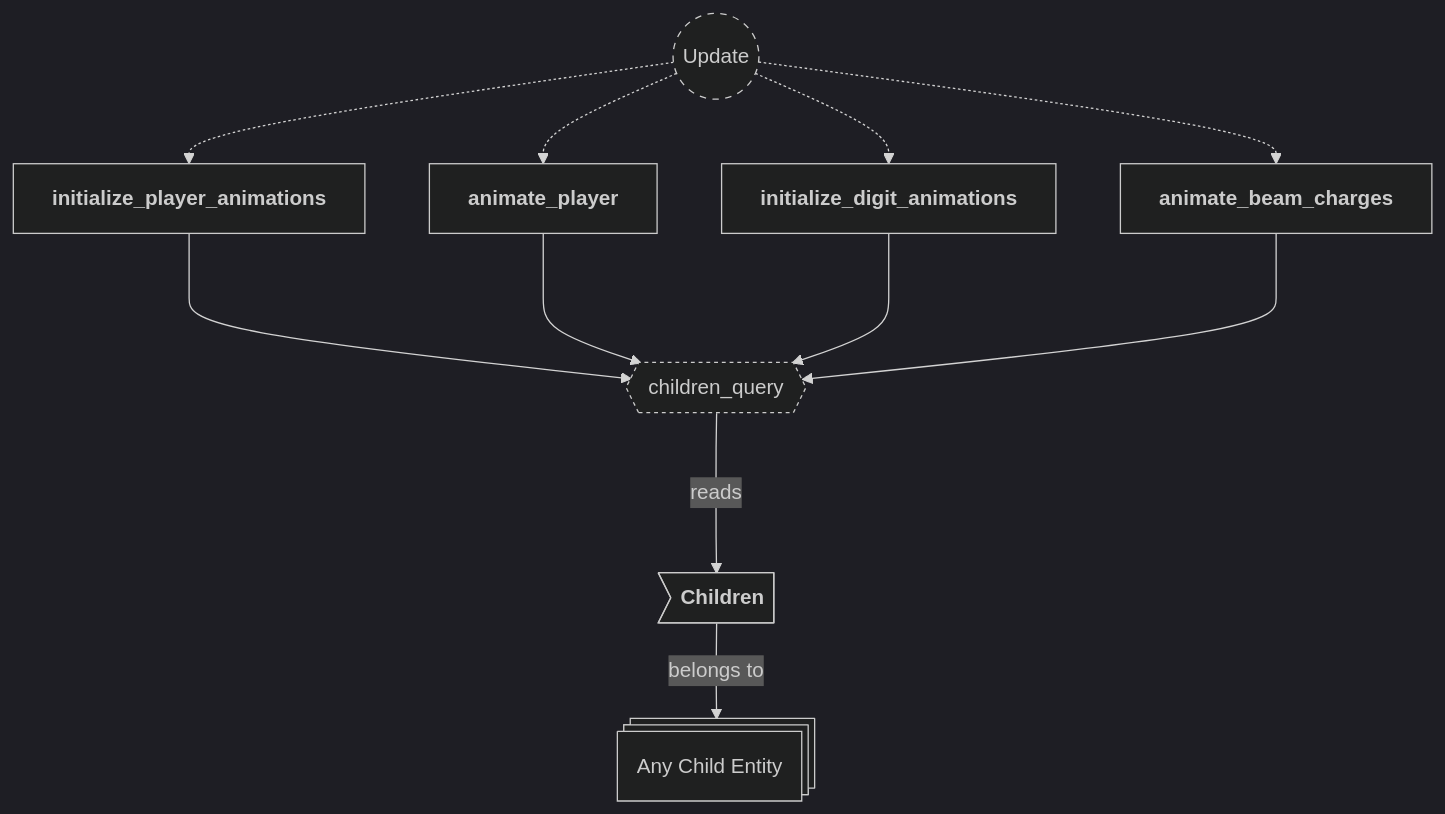
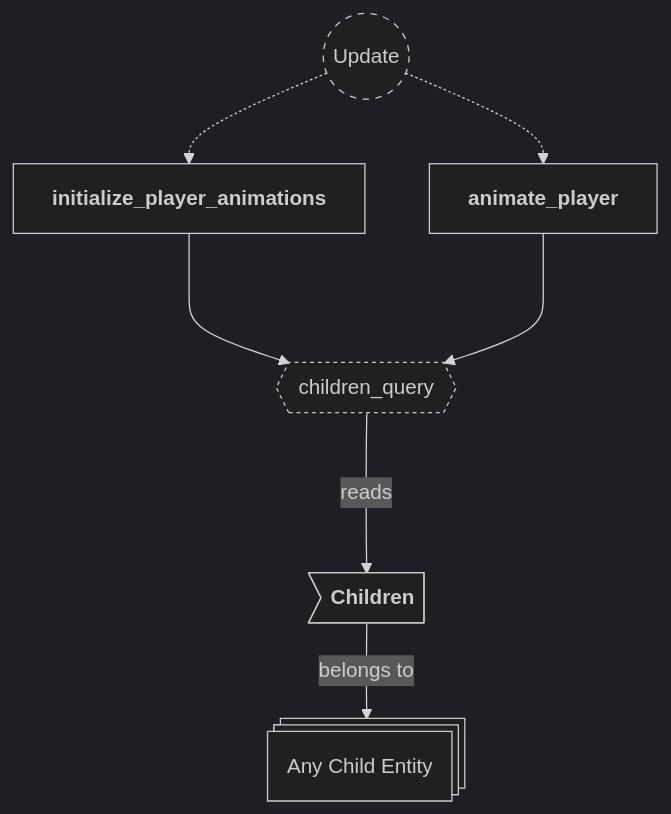
One commit to neurosoup/tyled changed the sixth of 16 diagrams in backlog/docs/doc-5 - 004-Animations-plugin.md. Above: the diagram before and after it, drawn with Mermaid. The commit also changed other lines of this file and 19 other files, not shown here.

````diff
--- a/backlog/docs/doc-5 - 004-Animations-plugin.md
+++ b/backlog/docs/doc-5 - 004-Animations-plugin.md
@@ -269,33 +235,27 @@
 ```mermaid
 ---
 config:
   theme: dark
 ---
 
 flowchart TD
 classDef system-group stroke-dasharray: 5 5
 classDef query stroke-dasharray: 3 3
 
 update(("`Update`")):::system-group
 initialize_player_animations["`**initialize_player_animations**`"]
 animate_player["`**animate_player**`"]
-initialize_digit_animations["`**initialize_digit_animations**`"]
-animate_beam_charges["`**animate_beam_charges**`"]
 
 update -.-> initialize_player_animations
 update -.-> animate_player
-update -.-> initialize_digit_animations
-update -.-> animate_beam_charges
 
 children_query{{"`children_query`"}}:::query
 initialize_player_animations ---> children_query
 animate_player ---> children_query
-initialize_digit_animations ---> children_query
-animate_beam_charges ---> children_query
 
 child_entity@{ shape: st-rect, label: "Any Child Entity" }
 
 ch_children>"`**Children**`"] --> |belongs to| child_entity
 
 children_query ---> |reads| ch_children
 ```
````
